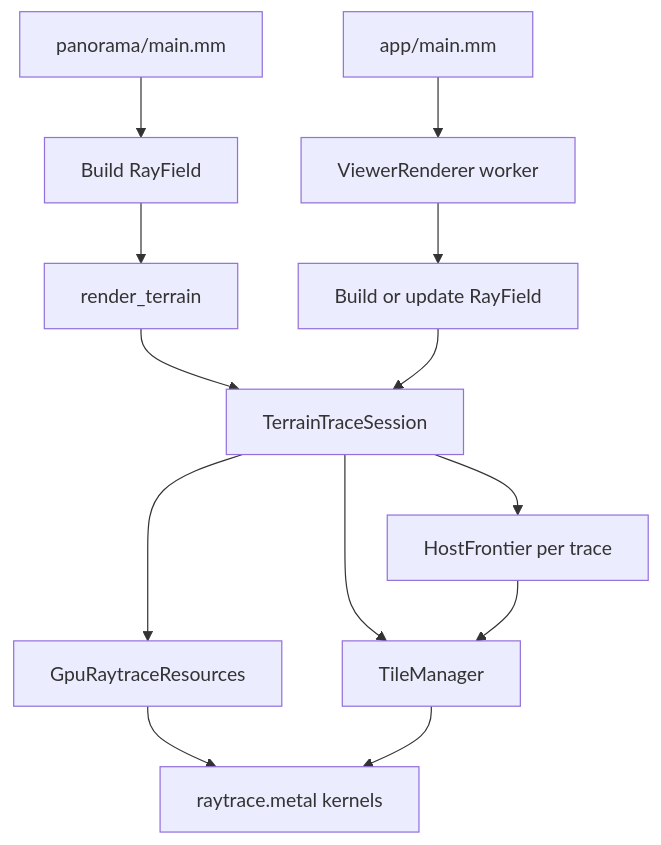
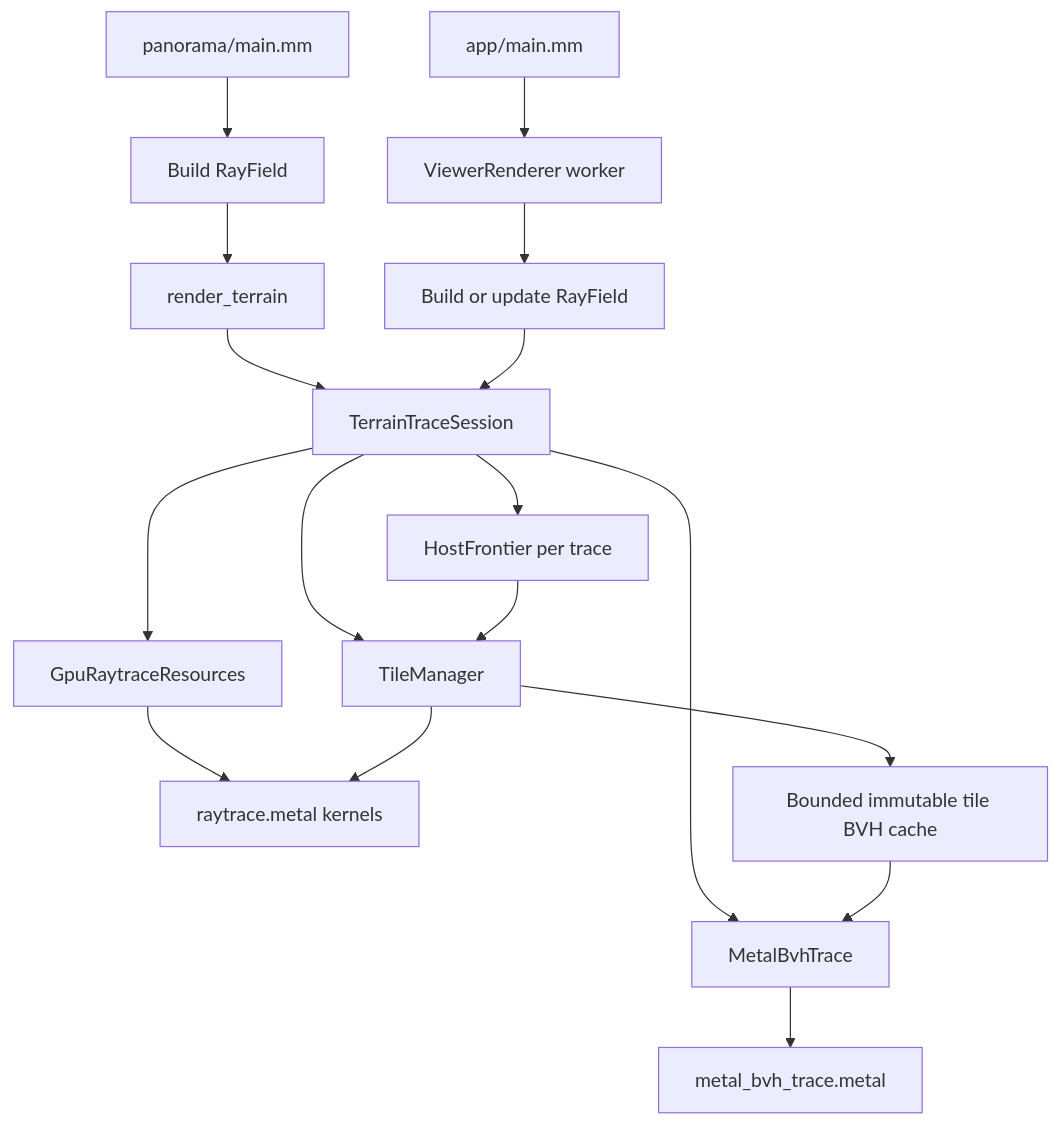
Before and after one commit to OaHolroyd/panorama: the first of 3 diagrams in src/README.md, drawn with Mermaid. The commit also changed other lines of this file and 25 other files, not shown here.

````diff
--- a/src/README.md
+++ b/src/README.md
@@ -32,17 +33,21 @@
 ```mermaid
 flowchart TD
     CLI[panorama/main.mm] --> RP[Build RayField]
     RP --> RT[render_terrain]
     RT --> SESSION[TerrainTraceSession]
 
     APP[app/main.mm] --> VR[ViewerRenderer worker]
     VR --> ARP[Build or update RayField]
     ARP --> SESSION
 
     SESSION --> TM[TileManager]
     SESSION --> GPU[GpuRaytraceResources]
     SESSION --> HF[HostFrontier per trace]
     GPU --> MK[raytrace.metal kernels]
     TM --> MK
     HF --> TM
+    SESSION --> BVH[MetalBvhTrace]
+    TM --> CACHE[Bounded immutable tile BVH cache]
+    CACHE --> BVH
+    BVH --> HW[metal_bvh_trace.metal]
 ```
````
